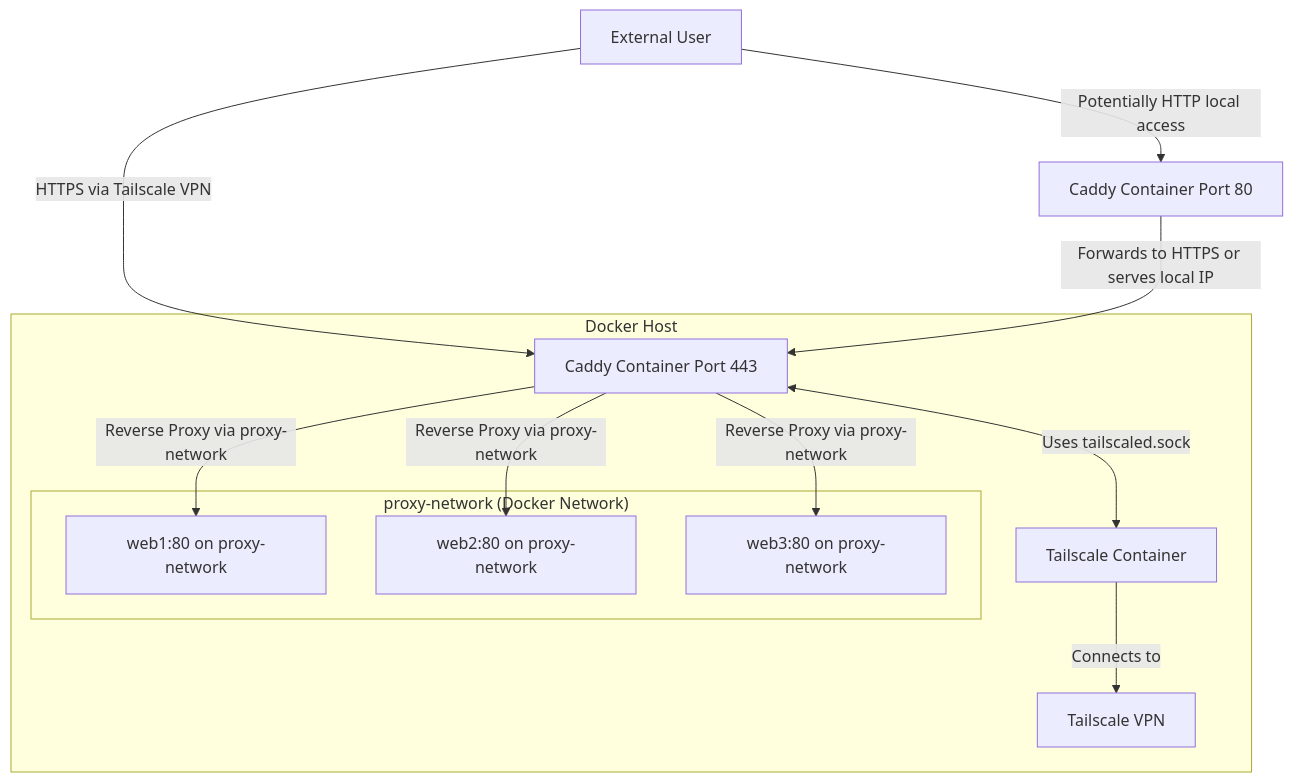
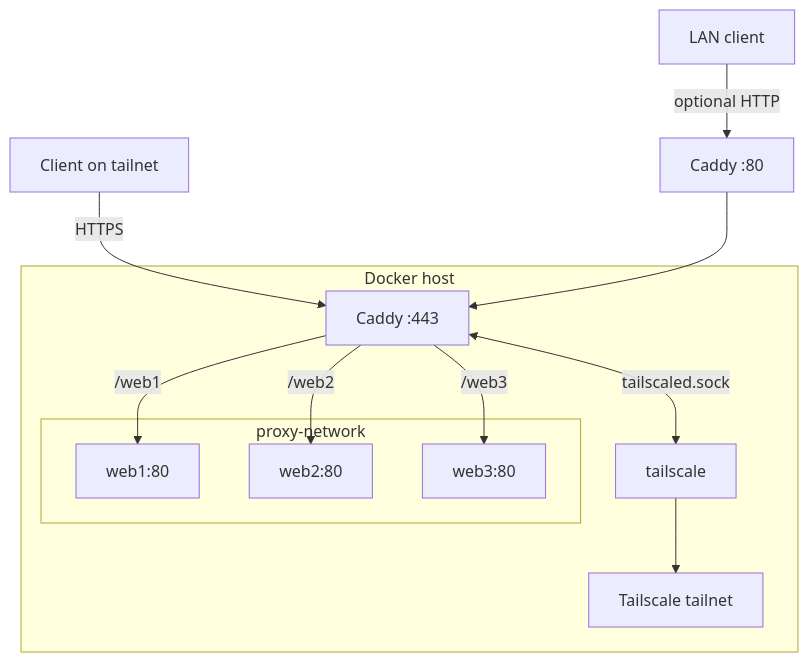
One commit to nsudhanva/https-caddy-tailscale changed the diagram in architecture.md. Above: the diagram before and after it, drawn with Mermaid. The commit also changed other lines of this file and 4 other files, not shown here.

````diff
--- a/architecture.md
+++ b/architecture.md
@@ -1,22 +3,22 @@
 ```mermaid
 graph TD
-    User[External User] -->|HTTPS via Tailscale VPN| CaddyService[Caddy Container Port 443]
+    User[Client on tailnet] -->|HTTPS| Caddy[Caddy :443]
 
-    subgraph Docker Host
-        CaddyService -->|Reverse Proxy via proxy-network| Web1[web1:80 on proxy-network]
-        CaddyService -->|Reverse Proxy via proxy-network| Web2[web2:80 on proxy-network]
-        CaddyService -->|Reverse Proxy via proxy-network| Web3[web3:80 on proxy-network]
+    subgraph Host[Docker host]
+        Caddy -->|/web1| Web1[web1:80]
+        Caddy -->|/web2| Web2[web2:80]
+        Caddy -->|/web3| Web3[web3:80]
 
-        CaddyService <-->|Uses tailscaled.sock| TailscaleService[Tailscale Container]
-        TailscaleService -->|Connects to| TailscaleVPN[Tailscale VPN]
+        Caddy <-->|tailscaled.sock| Tailscale[tailscale]
+        Tailscale --> Tailnet[Tailscale tailnet]
 
-        subgraph "proxy-network (Docker Network)"
+        subgraph ProxyNet[proxy-network]
             Web1
             Web2
             Web3
         end
     end
 
-    User -->|Potentially HTTP local access| CaddyServicePort80[Caddy Container Port 80]
-    CaddyServicePort80 -->|Forwards to HTTPS or serves local IP| CaddyService
+    Lan[LAN client] -->|optional HTTP| Caddy80[Caddy :80]
+    Caddy80 --> Caddy
 ```
````
